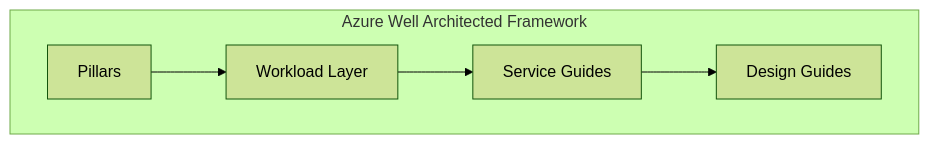
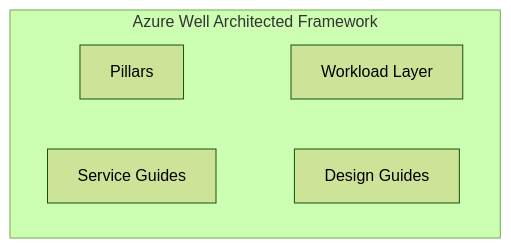
Before and after one commit to im-kenough/DineSafeViz: the first of 2 diagrams in docs/explanation/aks/planning/README.md, drawn with Mermaid (forest theme). The commit also changed other lines of this file and 9 other files, not shown here.

````diff
--- a/docs/explanation/aks/planning/README.md
+++ b/docs/explanation/aks/planning/README.md
@@ -5,12 +5,13 @@
 ```mermaid
 flowchart LR
     a@{ shape: rectangle, label: "Pillars"}
     b@{ shape: rectangle, label: "Workload Layer"}
     c@{ shape: rectangle, label: "Service Guides"}
     d@{ shape: rectangle, label: "Design Guides"}
     
     subgraph "Azure Well Architected Framework"
         direction LR
-        a --> b --> c --> d
+        a ~~~ b
+        c ~~~ d
     end
 ```
````
